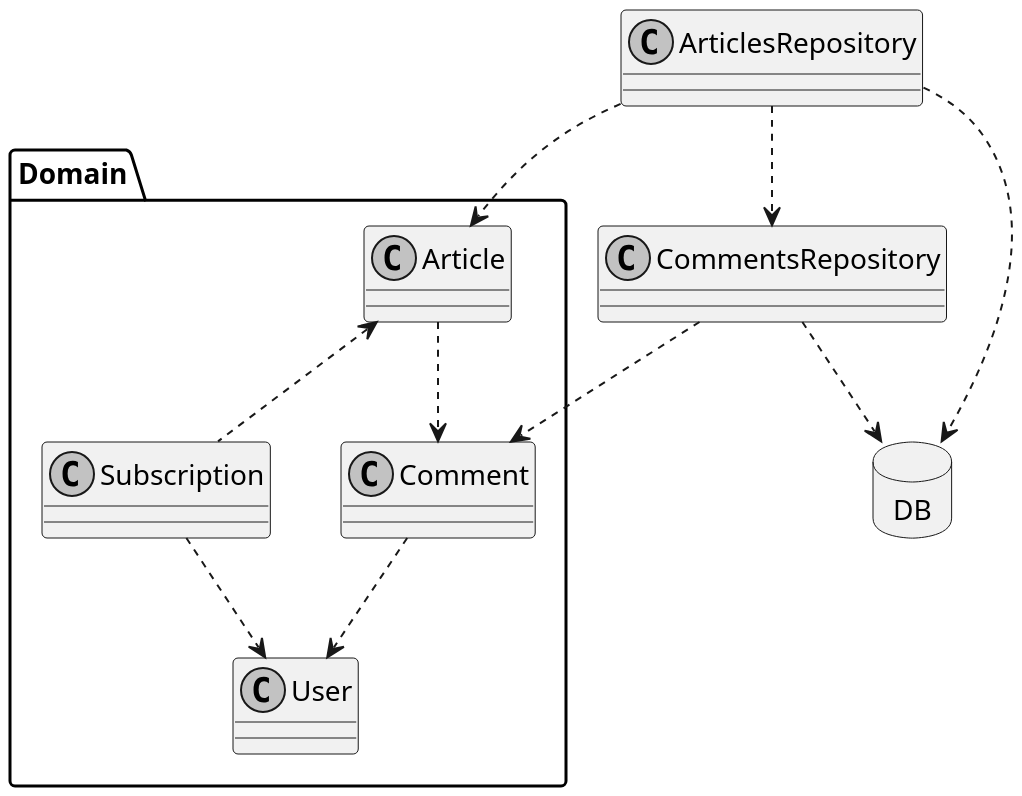
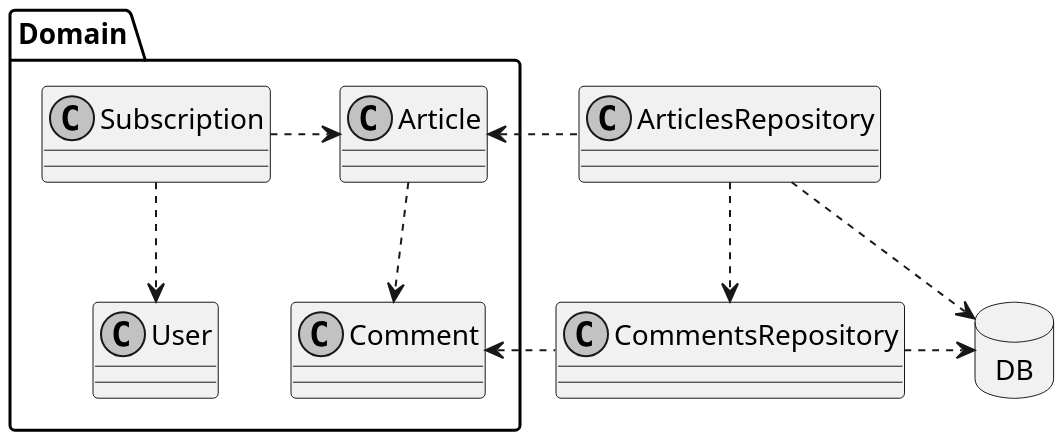
One commit to sergio-fry/slides changed the sixth of 6 diagrams in rich-domain-model/README.md. Above: the diagram before and after it, drawn with PlantUML. The commit also changed other lines of this file, not shown here.

````diff
--- a/rich-domain-model/README.md
+++ b/rich-domain-model/README.md
@@ -873,34 +812,33 @@
 ```plantuml
 skinparam monochrome true
 allow_mixing
 scale 2
 
 database DB
 
 package Domain {
   class Article {
   }
 
   class Comment {
   }
 
   class Subscription {
   }
 
   class User {
   }
 
-  Article ..> Comment
-  Comment ..> User
-  Subscription .left.> Article
+  Article .down.> Comment
+  Subscription .right.> Article
   Subscription ..> User
 }
 
 
-ArticlesRepository ..> DB
-ArticlesRepository ..> Article
-CommentsRepository ..> Comment
+ArticlesRepository .right.> DB
+ArticlesRepository .left.> Article
+CommentsRepository .left.> Comment
 ArticlesRepository ..> CommentsRepository
-CommentsRepository ..> DB
+CommentsRepository .right.> DB
 
 ```
````
